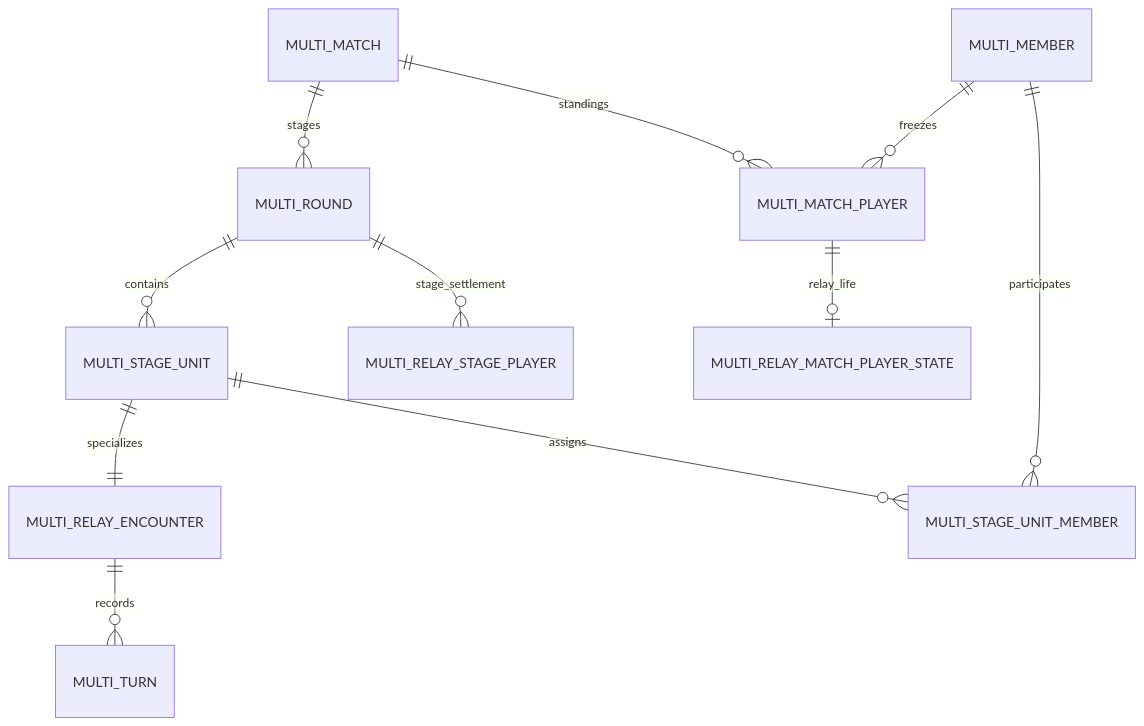
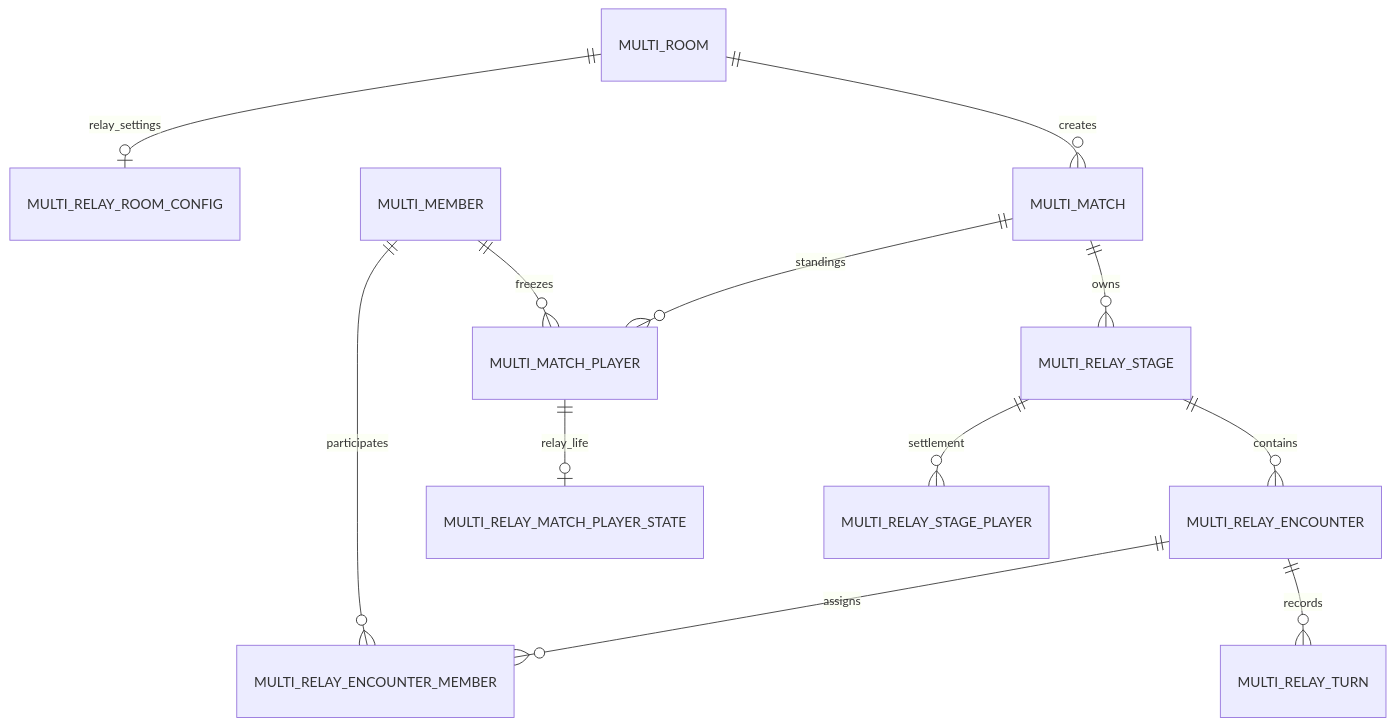
One commit to jachinzhang1/TouhouFlandre changed the diagram in docs/multiplayer-relay-expansion/decisions.md. Above: the diagram before and after it, drawn with Mermaid. The commit also changed other lines of this file and 17 other files, not shown here.

Commit message:
docs(multiplayer): modularize relay expansion architecture

````diff
--- a/docs/multiplayer-relay-expansion/decisions.md
+++ b/docs/multiplayer-relay-expansion/decisions.md
@@ -148,13 +152,14 @@
 ```mermaid
 erDiagram
-    MULTI_MATCH ||--o{ MULTI_ROUND : stages
-    MULTI_ROUND ||--o{ MULTI_STAGE_UNIT : contains
-    MULTI_STAGE_UNIT ||--|| MULTI_RELAY_ENCOUNTER : specializes
-    MULTI_STAGE_UNIT ||--o{ MULTI_STAGE_UNIT_MEMBER : assigns
-    MULTI_RELAY_ENCOUNTER ||--o{ MULTI_TURN : records
+    MULTI_ROOM ||--o| MULTI_RELAY_ROOM_CONFIG : relay_settings
+    MULTI_ROOM ||--o{ MULTI_MATCH : creates
+    MULTI_MATCH ||--o{ MULTI_RELAY_STAGE : owns
+    MULTI_RELAY_STAGE ||--o{ MULTI_RELAY_ENCOUNTER : contains
+    MULTI_RELAY_ENCOUNTER ||--o{ MULTI_RELAY_ENCOUNTER_MEMBER : assigns
+    MULTI_RELAY_ENCOUNTER ||--o{ MULTI_RELAY_TURN : records
     MULTI_MATCH ||--o{ MULTI_MATCH_PLAYER : standings
     MULTI_MATCH_PLAYER ||--o| MULTI_RELAY_MATCH_PLAYER_STATE : relay_life
-    MULTI_ROUND ||--o{ MULTI_RELAY_STAGE_PLAYER : stage_settlement
+    MULTI_RELAY_STAGE ||--o{ MULTI_RELAY_STAGE_PLAYER : settlement
     MULTI_MEMBER ||--o{ MULTI_MATCH_PLAYER : freezes
-    MULTI_MEMBER ||--o{ MULTI_STAGE_UNIT_MEMBER : participates
+    MULTI_MEMBER ||--o{ MULTI_RELAY_ENCOUNTER_MEMBER : participates
 ```
````
